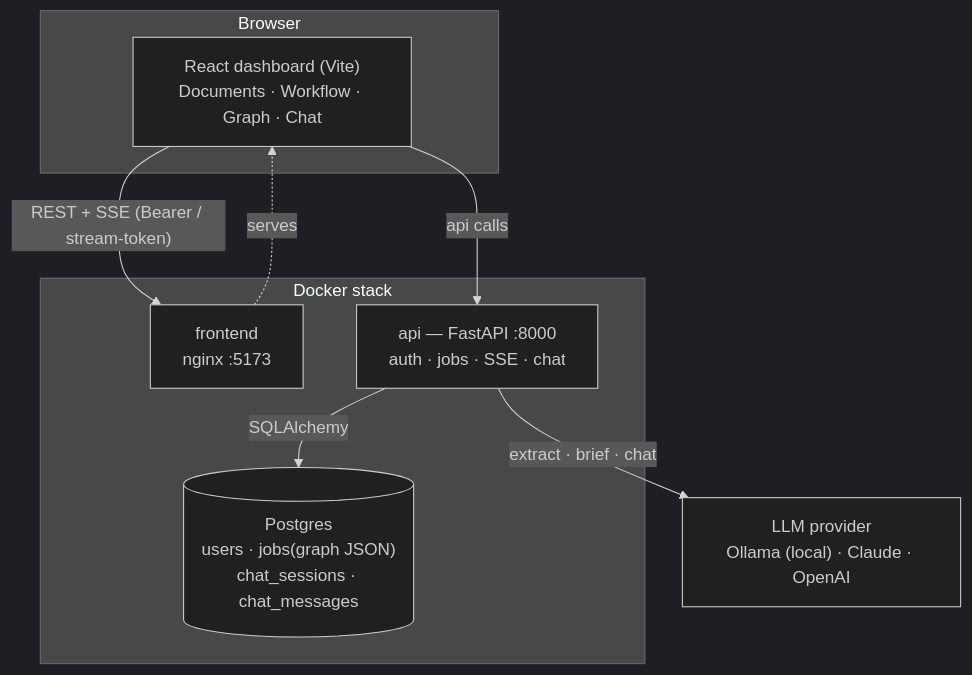
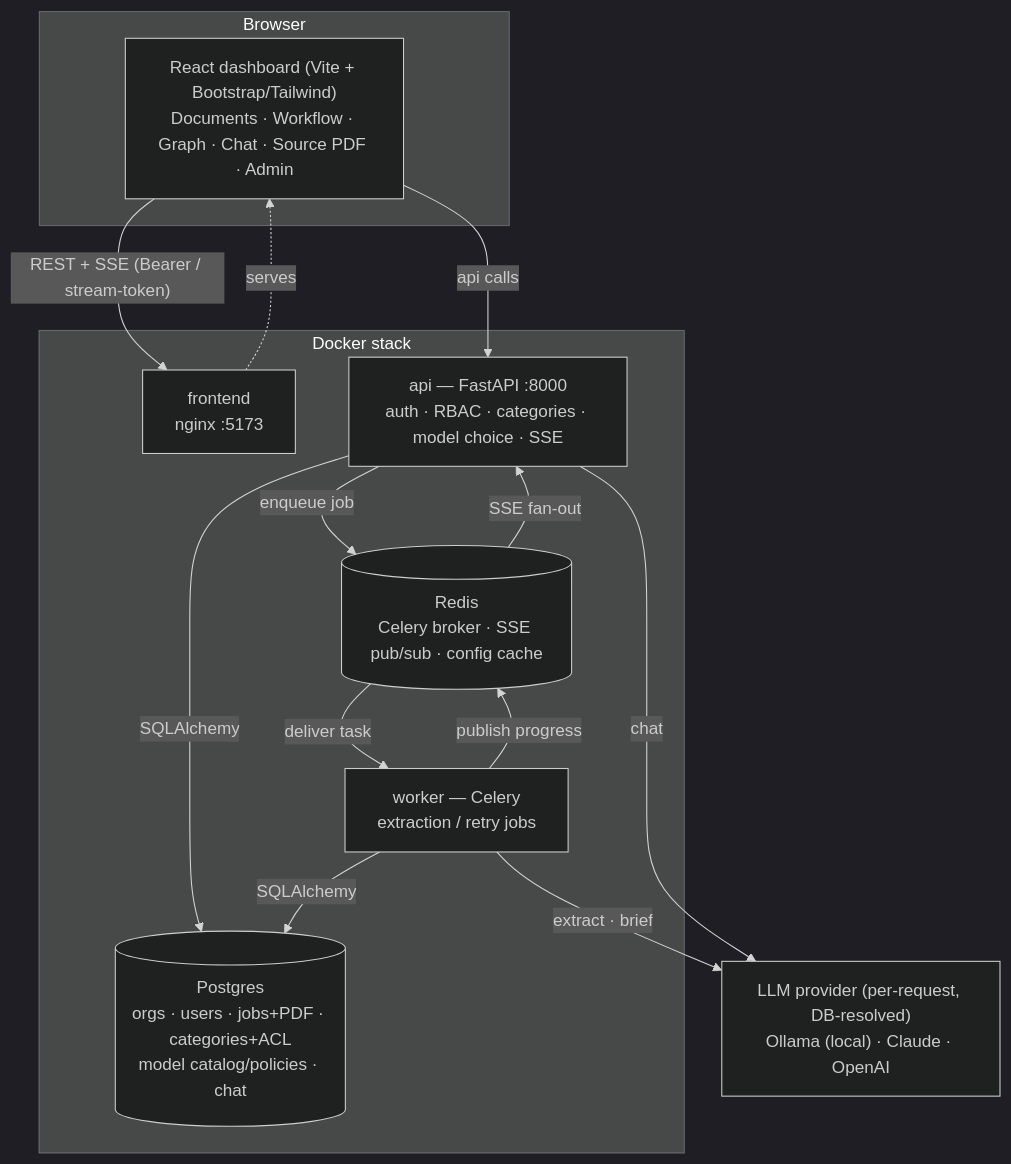
One commit to thuansystemit/knowledge_book changed the first of 3 diagrams in README.md. Above: the diagram before and after it, drawn with Mermaid (dark theme). The commit also changed other lines of this file, not shown here.

Commit message:
docs: update README to reflect enterprise backbone + categories + model choice

````diff
--- a/README.md
+++ b/README.md
@@ -30,20 +32,28 @@
 ```mermaid
 flowchart TB
     subgraph Browser
-      UI["React dashboard (Vite)<br/>Documents · Workflow · Graph · Chat"]
+      UI["React dashboard (Vite + Bootstrap/Tailwind)<br/>Documents · Workflow · Graph · Chat · Source PDF · Admin"]
     end
 
     subgraph Docker["Docker stack"]
       FE["frontend<br/>nginx :5173"]
-      API["api — FastAPI :8000<br/>auth · jobs · SSE · chat"]
-      DB[("Postgres<br/>users · jobs(graph JSON)<br/>chat_sessions · chat_messages")]
+      API["api — FastAPI :8000<br/>auth · RBAC · categories · model choice · SSE"]
+      WK["worker — Celery<br/>extraction / retry jobs"]
+      RS[("Redis<br/>Celery broker · SSE pub/sub · config cache")]
+      DB[("Postgres<br/>orgs · users · jobs+PDF · categories+ACL<br/>model catalog/policies · chat")]
     end
 
-    LLM["LLM provider<br/>Ollama (local) · Claude · OpenAI"]
+    LLM["LLM provider (per-request, DB-resolved)<br/>Ollama (local) · Claude · OpenAI"]
 
     UI -->|"REST + SSE (Bearer / stream-token)"| FE
     FE -.serves.-> UI
     UI -->|api calls| API
     API -->|SQLAlchemy| DB
-    API -->|extract · brief · chat| LLM
+    API -->|"enqueue job"| RS
+    RS -->|"deliver task"| WK
+    WK -->|"publish progress"| RS
+    RS -->|"SSE fan-out"| API
+    WK -->|SQLAlchemy| DB
+    WK -->|extract · brief| LLM
+    API -->|chat| LLM
 ```
````
